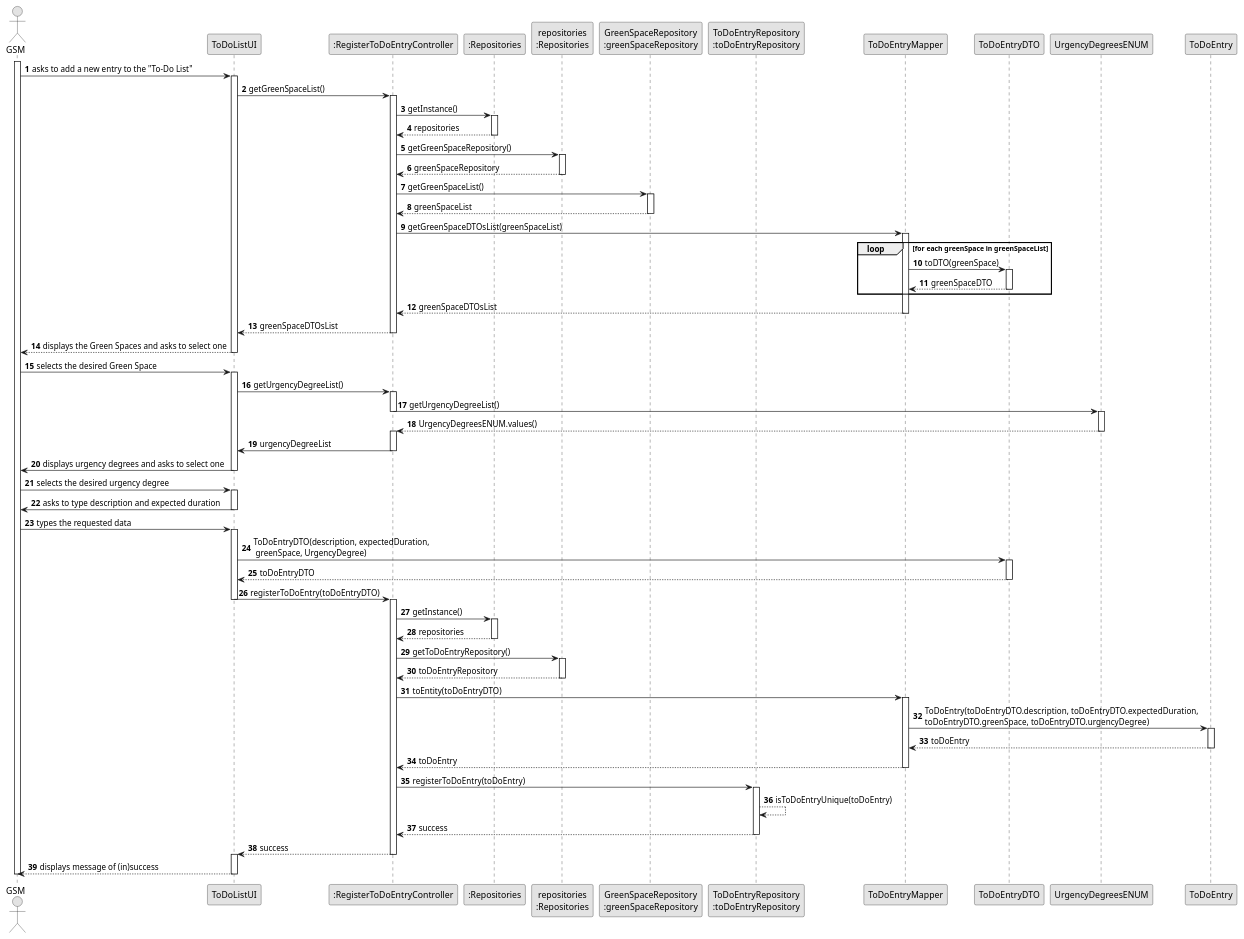
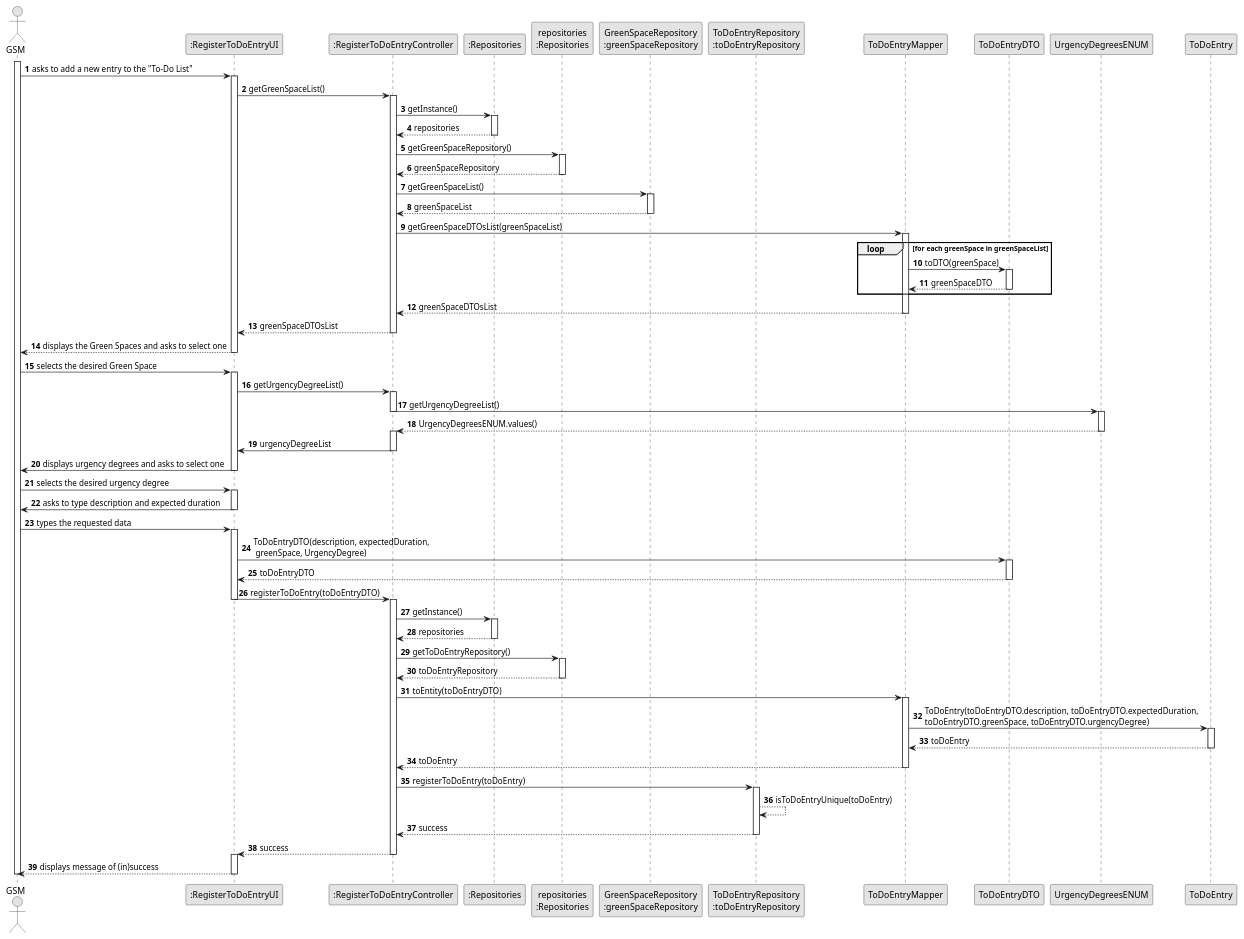
The diagram in docs/sprintC/us021/03.design/puml/us021-sequence-diagram-full.puml (Departamento-de-Engenharia-Informatica/lei-24-s2-1do-g164), drawn with PlantUML before and after one commit. The commit also changed 6 other files, not shown here.

```diff
--- a/docs/sprintC/us021/03.design/puml/us021-sequence-diagram-full.puml
+++ b/docs/sprintC/us021/03.design/puml/us021-sequence-diagram-full.puml
@@ -1,141 +1,141 @@
 @startuml
 skinparam monochrome true
 skinparam packageStyle rectangle
 skinparam shadowing false
 
 autonumber
 
 actor "GSM" as Employee
-participant "ToDoListUI" as UI
+participant ":RegisterToDoEntryUI" as UI
 participant ":RegisterToDoEntryController" as CTRL
 participant ":Repositories" as RepositorySingleton
 participant "repositories\n:Repositories" as PLAT
 participant "GreenSpaceRepository\n:greenSpaceRepository" as GreenRepo
 participant "ToDoEntryRepository\n:toDoEntryRepository" as TaskRepo
 participant "ToDoEntryMapper"
 participant "ToDoEntryDTO"
 
 activate Employee
 
     Employee -> UI : asks to add a new entry to the "To-Do List"
 
     activate UI
 
         UI -> CTRL : getGreenSpaceList()
         activate CTRL
 
             CTRL -> RepositorySingleton : getInstance()
             activate RepositorySingleton
 
                 RepositorySingleton --> CTRL: repositories
                 deactivate RepositorySingleton
                 CTRL -> PLAT : getGreenSpaceRepository()
                 activate PLAT
                 PLAT --> CTRL : greenSpaceRepository
                 deactivate PLAT
 
 
 
 
             CTRL -> GreenRepo : getGreenSpaceList()
             activate GreenRepo
 
                 GreenRepo --> CTRL : greenSpaceList
             deactivate GreenRepo
 
             CTRL -> "ToDoEntryMapper" : getGreenSpaceDTOsList(greenSpaceList)
             activate "ToDoEntryMapper"
 
             loop for each greenSpace in greenSpaceList
                 ToDoEntryMapper -> ToDoEntryDTO: toDTO(greenSpace)
                 activate ToDoEntryDTO
               ToDoEntryDTO --> ToDoEntryMapper : greenSpaceDTO
                 deactivate ToDoEntryDTO
 
 
             end
 
             ToDoEntryMapper --> CTRL: greenSpaceDTOsList
             deactivate ToDoEntryMapper
 
             CTRL --> UI : greenSpaceDTOsList
         deactivate CTRL
 
         UI --> Employee : displays the Green Spaces and asks to select one
     deactivate UI
 
     Employee -> UI : selects the desired Green Space
     activate UI
 
     UI -> CTRL : getUrgencyDegreeList()
             activate CTRL
 
     CTRL -> UrgencyDegreesENUM : getUrgencyDegreeList()
     deactivate CTRL
     activate UrgencyDegreesENUM
     UrgencyDegreesENUM --> CTRL : UrgencyDegreesENUM.values()
 deactivate UrgencyDegreesENUM
 activate CTRL
 CTRL -> UI : urgencyDegreeList
 deactivate CTRL
         UI -> Employee : displays urgency degrees and asks to select one
     deactivate UI
 
     Employee -> UI : selects the desired urgency degree
     activate UI
     UI -> Employee: asks to type description and expected duration
     deactivate UI
     Employee -> UI : types the requested data
     activate UI
 
         UI -> "ToDoEntryDTO" : ToDoEntryDTO(description, expectedDuration,\n greenSpace, UrgencyDegree)
         activate ToDoEntryDTO
         UI <-- "ToDoEntryDTO" : toDoEntryDTO
 deactivate "ToDoEntryDTO"
 
         UI -> CTRL : registerToDoEntry(toDoEntryDTO)
         deactivate UI
         activate CTRL
 
 
 
 
 CTRL -> RepositorySingleton : getInstance()
             activate RepositorySingleton
 
                 RepositorySingleton --> CTRL: repositories
                 deactivate RepositorySingleton
                 CTRL -> PLAT : getToDoEntryRepository()
                 activate PLAT
                 PLAT --> CTRL : toDoEntryRepository
                 deactivate PLAT
                 CTRL -> "ToDoEntryMapper" : toEntity(toDoEntryDTO)
                             activate "ToDoEntryMapper"
 
 
                                 "ToDoEntryMapper" -> ToDoEntry : ToDoEntry(toDoEntryDTO.description, toDoEntryDTO.expectedDuration, \ntoDoEntryDTO.greenSpace, toDoEntryDTO.urgencyDegree)
                                 activate ToDoEntry
                                 ToDoEntry --> "ToDoEntryMapper" : toDoEntry
                              deactivate ToDoEntry
                                 "ToDoEntryMapper" --> CTRL : toDoEntry
                             deactivate "ToDoEntryMapper"
                 CTRL -> TaskRepo : registerToDoEntry(toDoEntry)
 
             activate TaskRepo
 
 
 TaskRepo --> TaskRepo : isToDoEntryUnique(toDoEntry)
                 TaskRepo --> CTRL : success
 
             deactivate TaskRepo
 
             CTRL --> UI : success
         deactivate CTRL
         activate UI
 
         UI --> Employee : displays message of (in)success
     deactivate UI
 
 deactivate Employee
 
 @enduml
```
